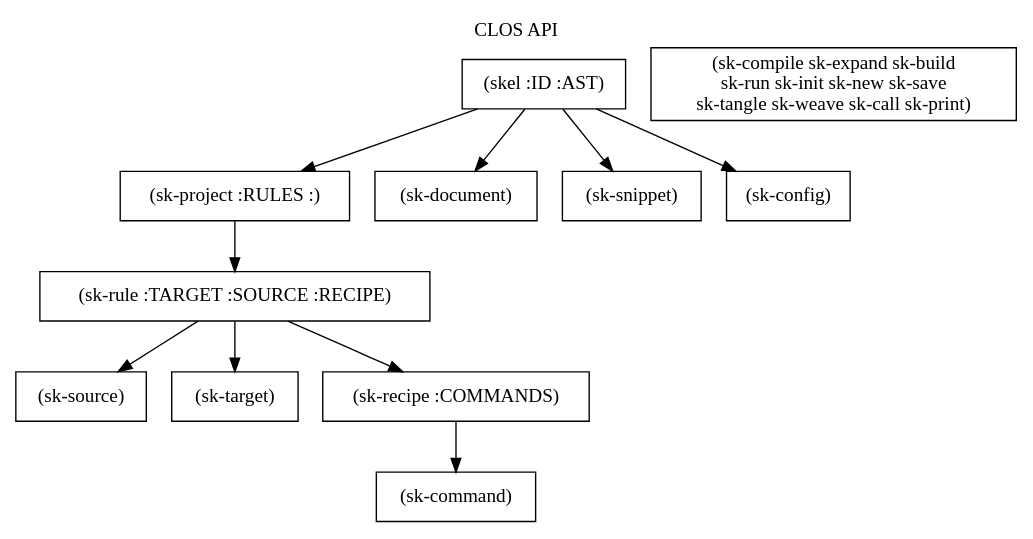
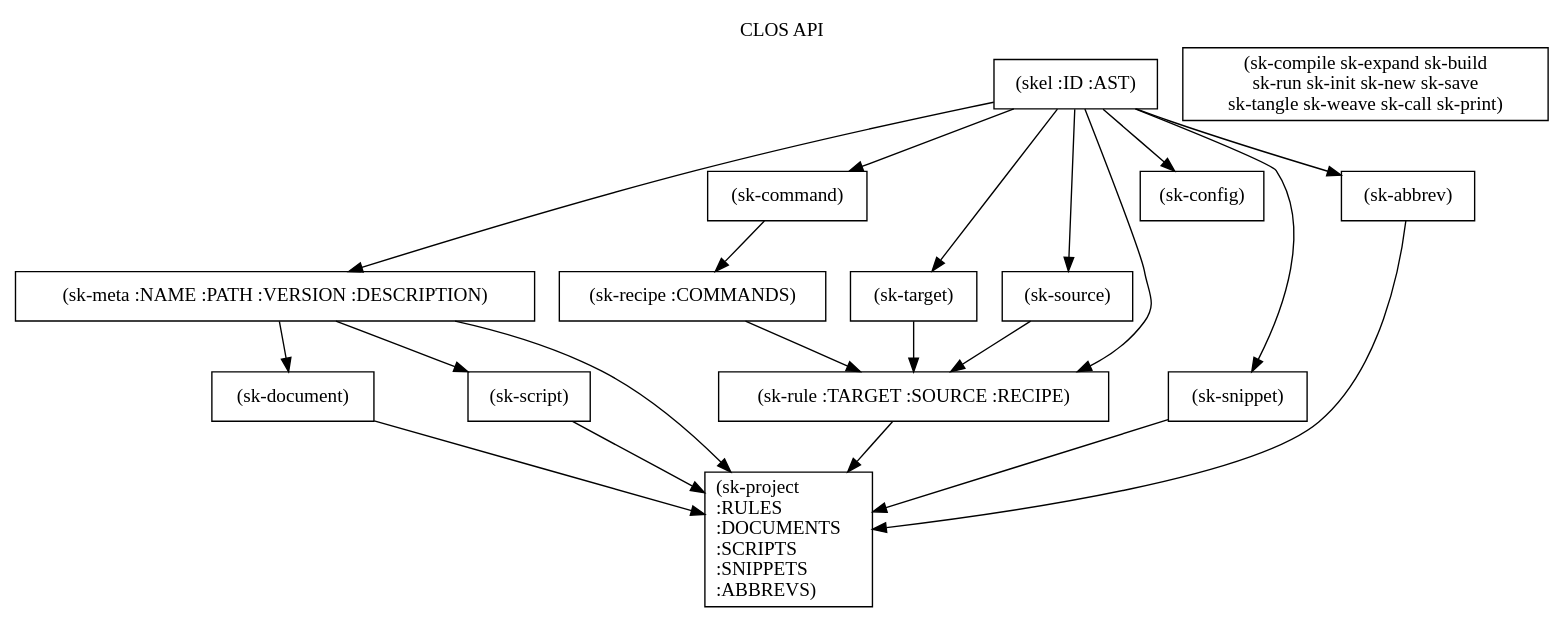
Before and after one commit to richardwesthaver/skel: the diagram in readme.org, drawn with Graphviz. The commit also changed 3 other files, not shown here.

```diff
--- a/readme.org
+++ b/readme.org
@@ -30,24 +30,38 @@
 #+begin_src dot :file api.svg :exports results
   digraph { splines=true; label="CLOS API"; labelloc="t"; node [shape=record];
     sk [label="(skel :ID :AST)"]
     methods [label="(sk-compile sk-expand sk-build\nsk-run sk-init sk-new sk-save\nsk-tangle sk-weave sk-call sk-print)"]
-    skpro [label="(sk-project :RULES :)"]
+    skmet [label="(sk-meta :NAME :PATH :VERSION :DESCRIPTION)"]
+    skcmd [label="(sk-command)"]
+    sktar [label="(sk-target)"]
     sksrc [label="(sk-source)"]
-    sktar [label="(sk-target)"]
-    skcmd [label="(sk-command)"]
     skrec [label="(sk-recipe :COMMANDS)"]
     skrul [label="(sk-rule :TARGET :SOURCE :RECIPE)"]
     skdoc [label="(sk-document)"]
-    sksni [label="(sk-snippet)"]
+    skscr [label="(sk-script)"]
     skcfg [label="(sk-config)"]
-    sk -> skpro
-    sk -> skdoc
+    sksni [label="(sk-snippet)"]    
+    skabb [label="(sk-abbrev)"]
+    skpro [label="(sk-project\l:RULES\l:DOCUMENTS\l:SCRIPTS\l:SNIPPETS\l:ABBREVS)\l"]
+    sk -> skmet
+    sk -> skcfg
     sk -> sksni
-    sk -> skcfg
-    skpro -> skrul
-    skrul -> sktar
-    skrul -> sksrc
-    skrul -> skrec
-    skrec -> skcmd
+    sk -> skabb
+    sk -> sktar
+    sk -> skrul
+    sk -> sksrc
+    sk -> skcmd
+    skmet -> skpro
+    skmet -> skdoc    
+    skmet -> skscr    
+    skrul -> skpro
+    skscr -> skpro
+    skdoc -> skpro
+    sksni -> skpro
+    skabb -> skpro
+    sktar -> skrul
+    sksrc -> skrul
+    skrec -> skrul
+    skcmd -> skrec
   }
 #+end_src
```
